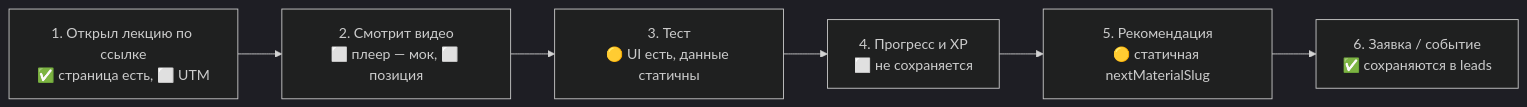
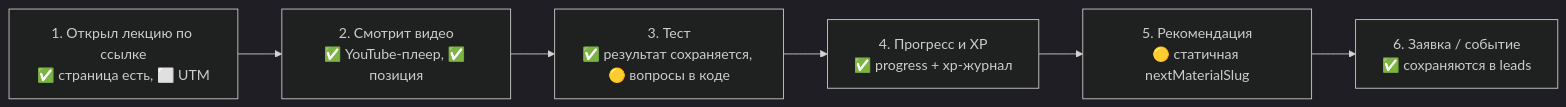
One commit to yerkebulanooo/aleuet changed the sixth of 6 diagrams in docs/architecture.md. Above: the diagram before and after it, drawn with Mermaid (dark theme). The commit also changed other lines of this file and 13 other files, not shown here.

````diff
--- a/docs/architecture.md
+++ b/docs/architecture.md
@@ -150,8 +169,8 @@
 ```mermaid
 graph LR
-  S1["1. Открыл лекцию по ссылке<br/>✅ страница есть, ⬜ UTM"] --> S2["2. Смотрит видео<br/>⬜ плеер — мок, ⬜ позиция"]
-  S2 --> S3["3. Тест<br/>🟡 UI есть, данные статичны"]
-  S3 --> S4["4. Прогресс и XP<br/>⬜ не сохраняется"]
+  S1["1. Открыл лекцию по ссылке<br/>✅ страница есть, ⬜ UTM"] --> S2["2. Смотрит видео<br/>✅ YouTube-плеер, ✅ позиция"]
+  S2 --> S3["3. Тест<br/>✅ результат сохраняется, 🟡 вопросы в коде"]
+  S3 --> S4["4. Прогресс и XP<br/>✅ progress + xp-журнал"]
   S4 --> S5["5. Рекомендация<br/>🟡 статичная nextMaterialSlug"]
   S5 --> S6["6. Заявка / событие<br/>✅ сохраняются в leads"]
 ```
````
